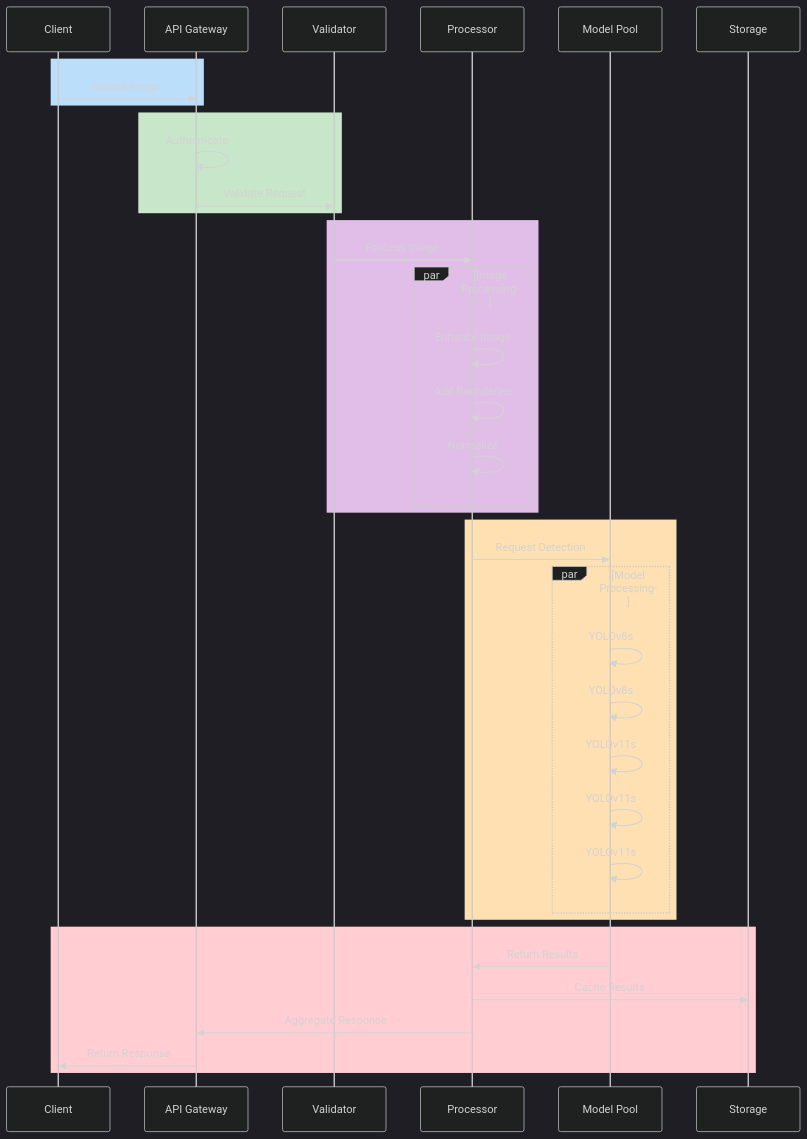
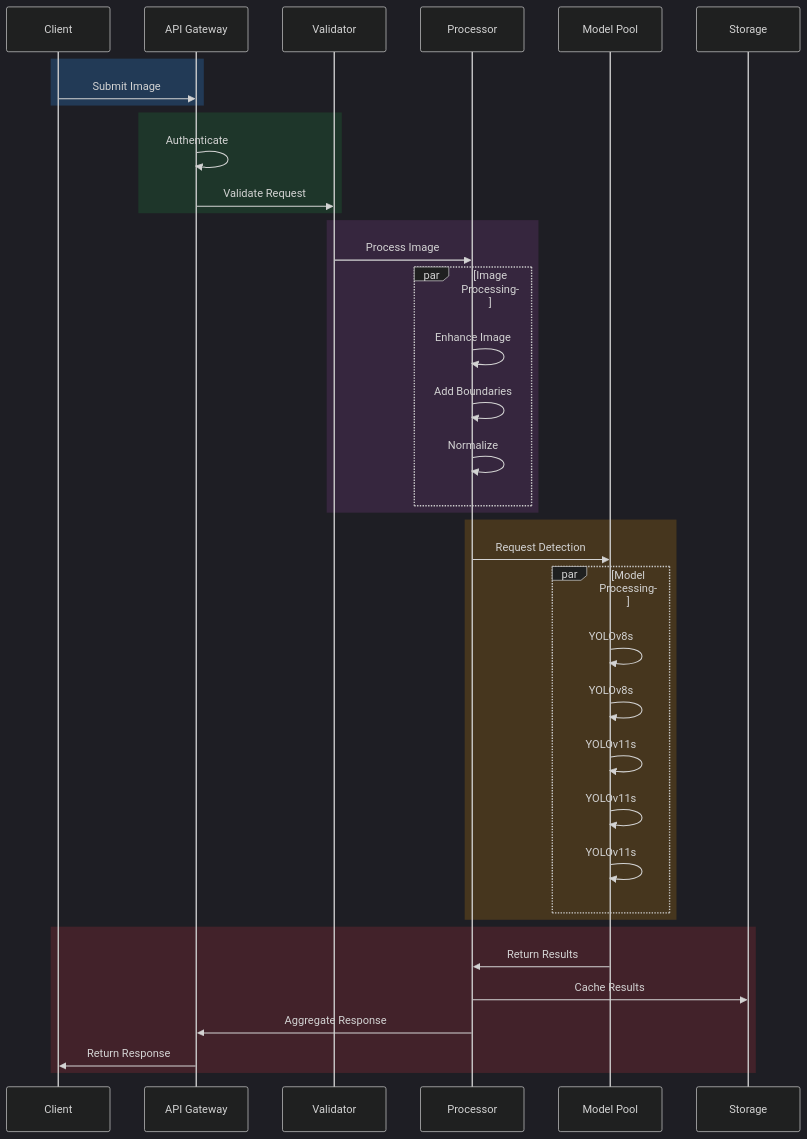
Before and after one commit to Dhruv0306/SymphonyProject1: the second of 5 diagrams in README.md, drawn with Mermaid.

````diff
--- a/README.md
+++ b/README.md
@@ -95,48 +95,48 @@
 ```mermaid
-%%{init: {'theme': 'dark', 'themeVariables': { 'fontFamily': 'arial', 'fontSize': '20px', 'messageFontWeight': 'bold', 'noteFontWeight': 'bold'}}}%%
+%%{init:{'theme': 'dark','themeVariables': {'fontFamily': 'arial','fontSize': '20px','messageFontWeight': 'bold','noteFontWeight': 'bold'}}}%%
 sequenceDiagram
     participant C as Client
     participant A as API Gateway
     participant V as Validator
     participant P as Processor
     participant M as Model Pool
     participant S as Storage
 
-    rect rgb(187, 222, 251) 
+    rect rgba(40, 100, 160, 0.4)
         C->>A: Submit Image
     end
     
-    rect rgb(200, 230, 201)
+    rect rgba(30, 90, 50, 0.4)
         A->>A: Authenticate
         A->>V: Validate Request
     end
     
-    rect rgb(225, 190, 231) 
+    rect rgba(90, 50, 100, 0.4)
         V->>P: Process Image
         
         par Image Processing
             P->>P: Enhance Image
             P->>P: Add Boundaries
             P->>P: Normalize
         end
     end
     
-    rect rgb(255, 224, 178) 
+    rect rgba(130, 90, 20, 0.4) 
         P->>M: Request Detection
         
         par Model Processing
             M->>M: YOLOv8s #1
             M->>M: YOLOv8s #2
             M->>M: YOLOv11s #1
             M->>M: YOLOv11s #2
             M->>M: YOLOv11s #3
         end
     end
     
-    rect rgb(255, 205, 210) 
+    rect rgba(120, 40, 50, 0.4)
         M->>P: Return Results
         P->>S: Cache Results
         P->>A: Aggregate Response
         A->>C: Return Response
     end
 ```
````
